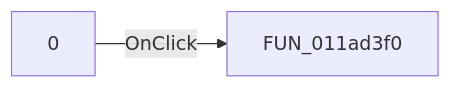
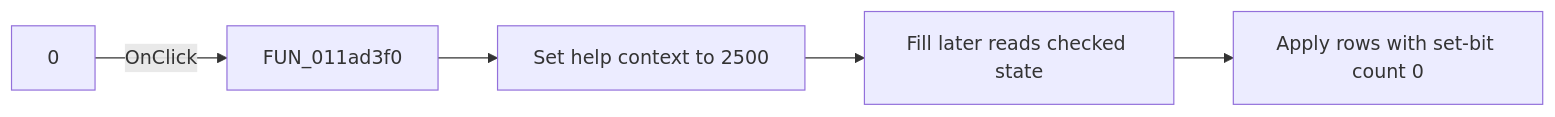
Before and after one commit to MovGP0/TIARA: the diagram in docs/ui-controls/tables-form/checkbox1-8bcc60cac2.md, drawn with Mermaid. The commit also changed other lines of this file and 387 other files, not shown here.

````diff
--- a/docs/ui-controls/tables-form/checkbox1-8bcc60cac2.md
+++ b/docs/ui-controls/tables-form/checkbox1-8bcc60cac2.md
@@ -27,4 +27,7 @@
 ```mermaid
 flowchart LR
     control["0"] -->|OnClick| handler["FUN_011ad3f0"]
+    handler --> topic["Set help context to 2500"]
+    topic --> fill["Fill later reads checked state"]
+    fill --> rows["Apply rows with set-bit count 0"]
 ```
````
